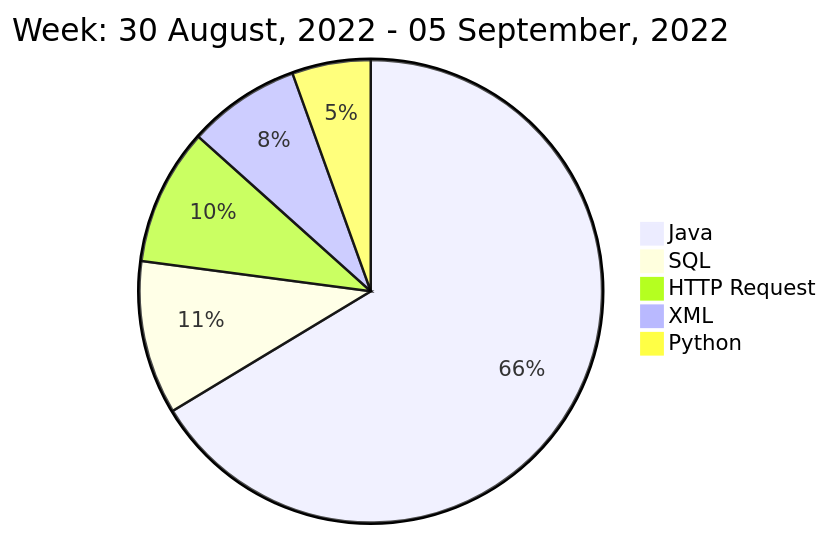
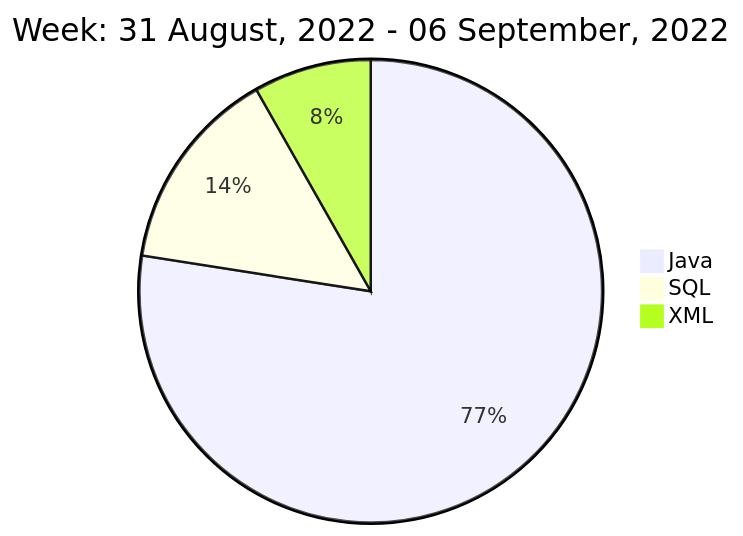
The diagram in README.md (liubin95/liubin95), drawn with Mermaid before and after one commit.

Commit message:
Updated the Graph with new Metrics

````diff
--- a/README.md
+++ b/README.md
@@ -40,9 +40,7 @@
 ```mermaid
  pie
-title Week: 30 August, 2022 - 05 September, 2022
- "Java" : 2.78
- "SQL" : 0.45
- "HTTP Request" : 0.4
- "XML" : 0.33
- "Python" : 0.23
+title Week: 31 August, 2022 - 06 September, 2022
+ "Java" : 9.9
+ "SQL" : 1.83
+ "XML" : 1.05
 ```
````
